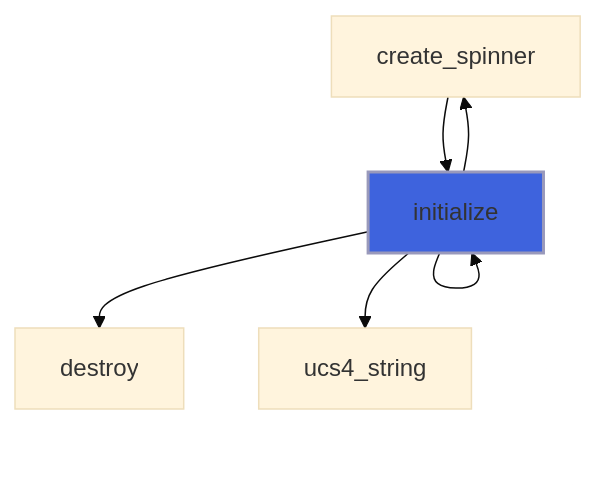
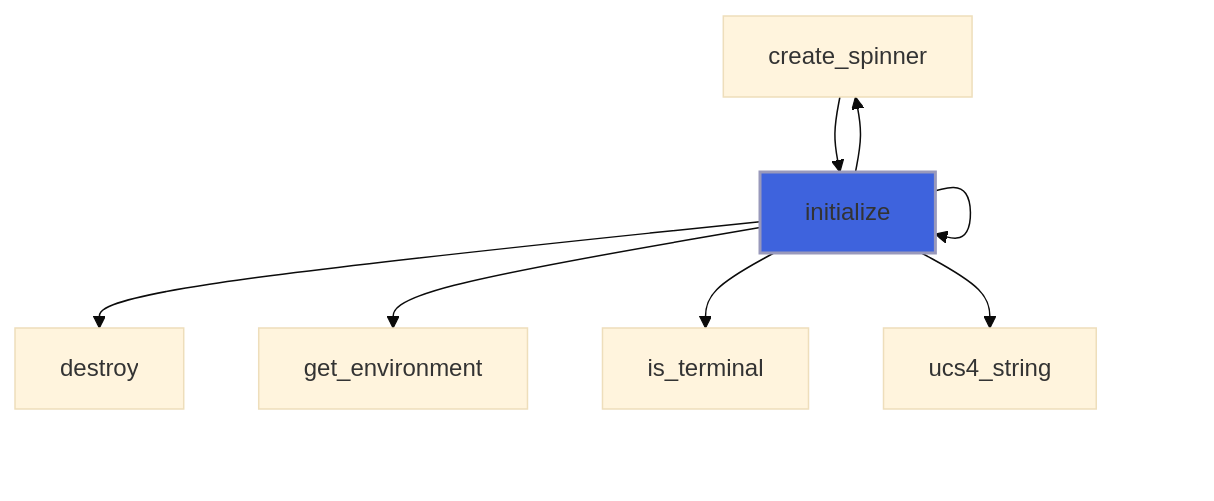
One commit to szaghi/forbear changed the third of 18 diagrams in docs/api/src/lib/forbear_bar_object.md. Above: the diagram before and after it, drawn with Mermaid (base theme). The commit also changed other lines of this file and 101 other files, not shown here.

````diff
--- a/docs/api/src/lib/forbear_bar_object.md
+++ b/docs/api/src/lib/forbear_bar_object.md
@@ -170,10 +237,12 @@
 ```mermaid
 flowchart TD
   create_spinner["create_spinner"] --> initialize["initialize"]
   initialize["initialize"] --> initialize["initialize"]
   initialize["initialize"] --> create_spinner["create_spinner"]
   initialize["initialize"] --> destroy["destroy"]
+  initialize["initialize"] --> get_environment["get_environment"]
   initialize["initialize"] --> initialize["initialize"]
+  initialize["initialize"] --> is_terminal["is_terminal"]
   initialize["initialize"] --> ucs4_string["ucs4_string"]
   style initialize fill:#3e63dd,stroke:#99b,stroke-width:2px
 ```
````
